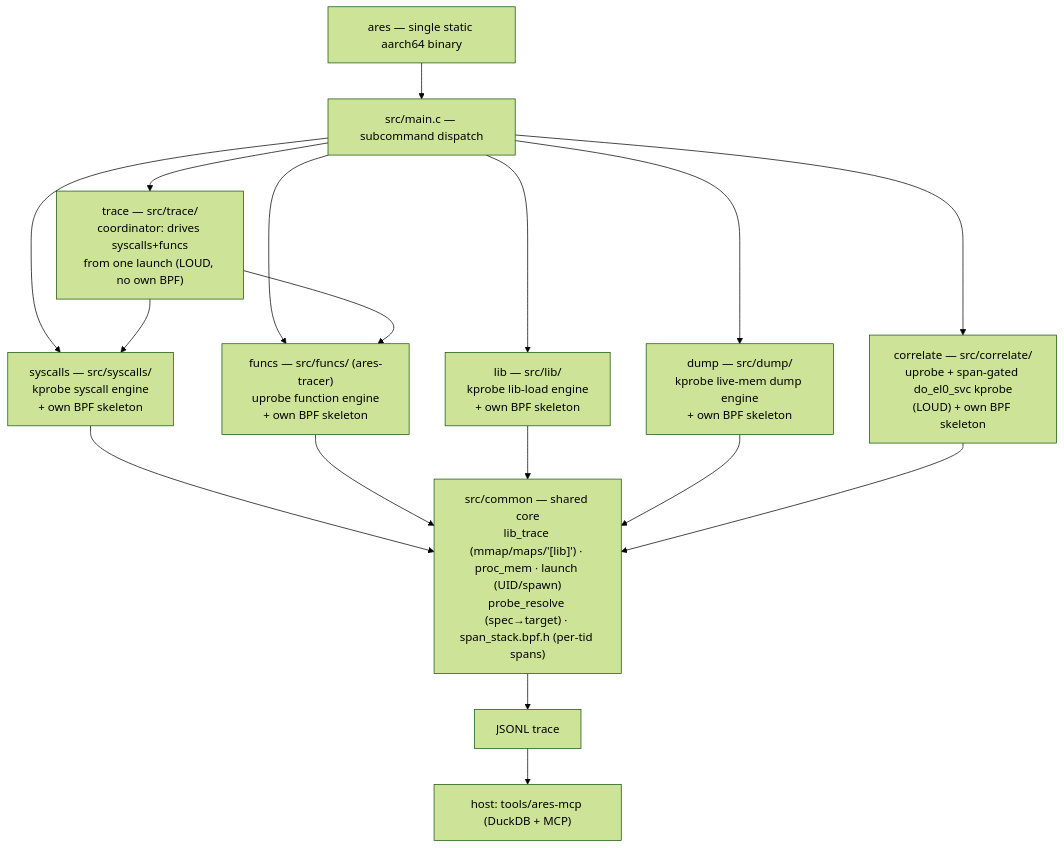
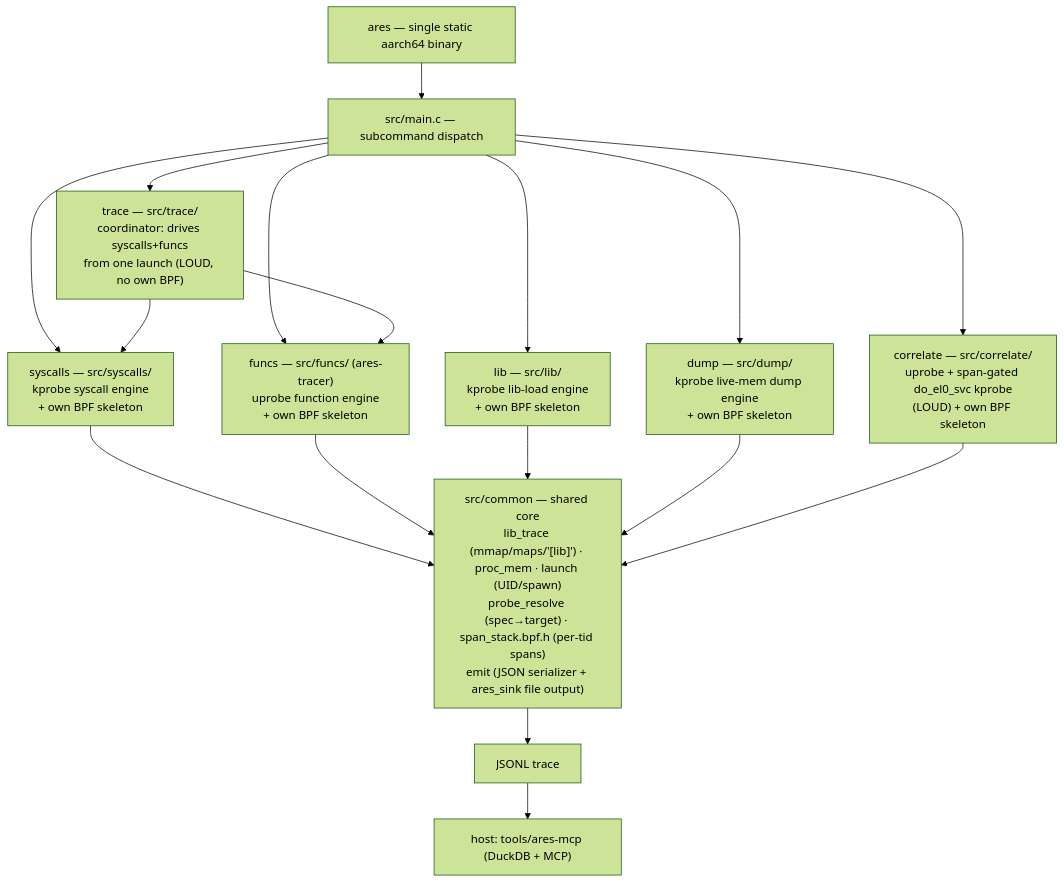
The diagram in DOCUMENTATION.md (michaelaurelio/Anubee), drawn with Mermaid (forest theme) before and after one commit. The commit also changed other lines of this file and 6 other files, not shown here.

Commit message:
refactor: Unified syscalls and funcs JSONL output, fixed funcs output to be structured JSON instead of perline raw message output

````diff
--- a/DOCUMENTATION.md
+++ b/DOCUMENTATION.md
@@ -17,31 +17,31 @@
 ```mermaid
 flowchart TD
     ares["ares — single static aarch64 binary"]
     main["src/main.c — subcommand dispatch"]
     syscalls["syscalls — src/syscalls/<br/>kprobe syscall engine<br/>+ own BPF skeleton"]
     funcs["funcs — src/funcs/ (ares-tracer)<br/>uprobe function engine<br/>+ own BPF skeleton"]
     lib["lib — src/lib/<br/>kprobe lib-load engine<br/>+ own BPF skeleton"]
     dump["dump — src/dump/<br/>kprobe live-mem dump engine<br/>+ own BPF skeleton"]
     correlate["correlate — src/correlate/<br/>uprobe + span-gated do_el0_svc kprobe<br/>(LOUD) + own BPF skeleton"]
     tracecmd["trace — src/trace/<br/>coordinator: drives syscalls+funcs<br/>from one launch (LOUD, no own BPF)"]
-    common["src/common — shared core<br/>lib_trace (mmap/maps/'[lib]') · proc_mem · launch (UID/spawn)<br/>probe_resolve (spec→target) · span_stack.bpf.h (per-tid spans)"]
+    common["src/common — shared core<br/>lib_trace (mmap/maps/'[lib]') · proc_mem · launch (UID/spawn)<br/>probe_resolve (spec→target) · span_stack.bpf.h (per-tid spans)<br/>emit (JSON serializer + ares_sink file output)"]
     trace["JSONL trace"]
     mcp["host: tools/ares-mcp (DuckDB + MCP)"]
 
     ares --> main
     main --> syscalls
     main --> funcs
     main --> lib
     main --> dump
     main --> correlate
     main --> tracecmd
     tracecmd --> syscalls
     tracecmd --> funcs
     syscalls --> common
     funcs --> common
     lib --> common
     dump --> common
     correlate --> common
     common --> trace
     trace --> mcp
 ```
````
